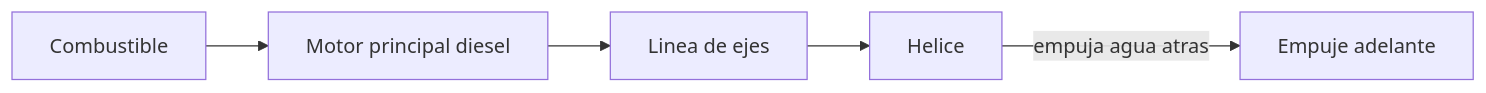
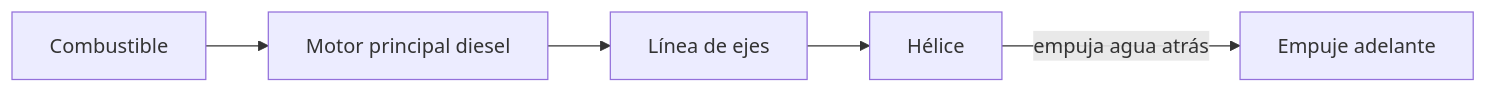
The second of 3 diagrams in vehiculos/barcos-mercantes/operacion/sistemas-mecanicos-barco-mercante.md (vladimiracunadev-create/machine-operator-program), drawn with Mermaid before and after one commit. The commit also changed other lines of this file and 442 other files, not shown here.

````diff
--- a/vehiculos/barcos-mercantes/operacion/sistemas-mecanicos-barco-mercante.md
+++ b/vehiculos/barcos-mercantes/operacion/sistemas-mecanicos-barco-mercante.md
@@ -53,7 +53,7 @@
 ```mermaid
 flowchart LR
     Combustible[Combustible] --> Motor[Motor principal diesel]
-    Motor --> Eje[Linea de ejes]
-    Eje --> Helice[Helice]
-    Helice -->|empuja agua atras| Empuje[Empuje adelante]
+    Motor --> Eje[Línea de ejes]
+    Eje --> Helice[Hélice]
+    Helice -->|empuja agua atrás| Empuje[Empuje adelante]
 ```
````
